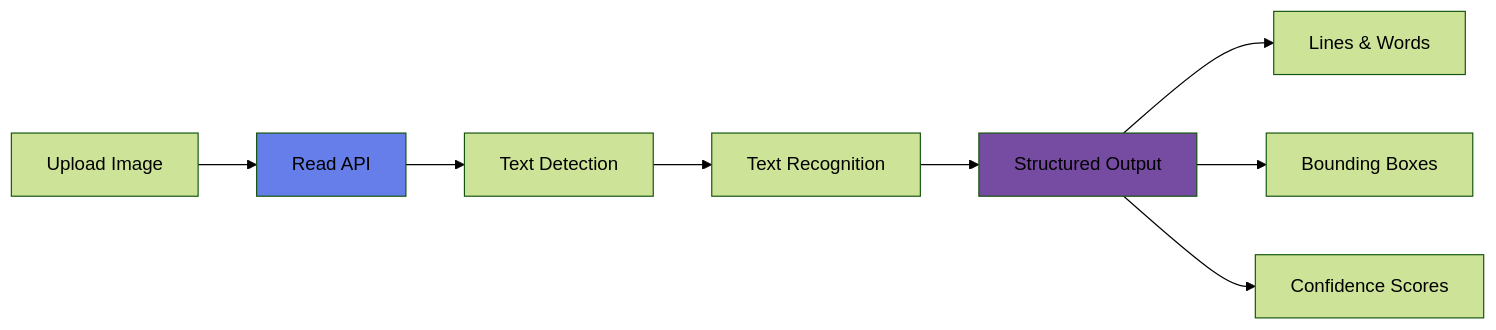
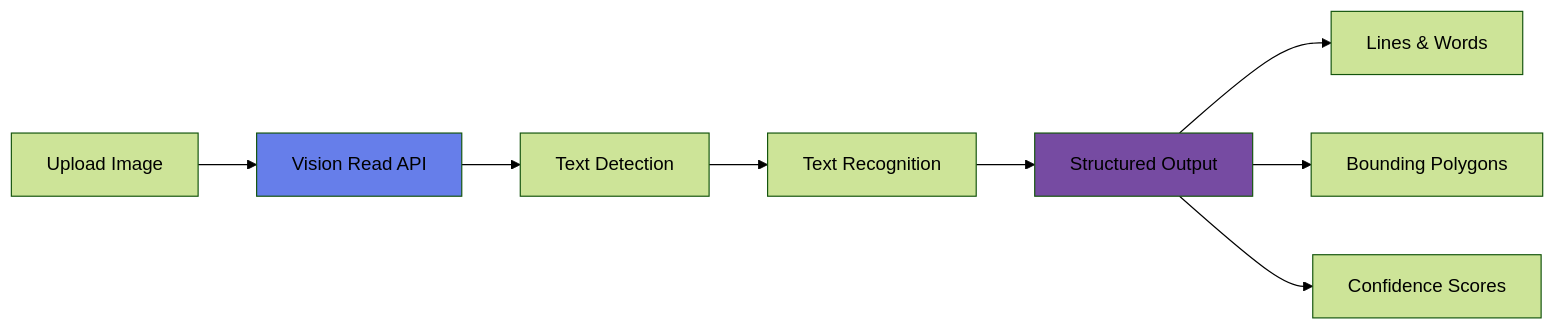
The diagram in docs/chapters/read-text-in-images.md (codess-aus/Applied-Skills-Computer-Vision), drawn with Mermaid (forest theme) before and after one commit. The commit also changed other lines of this file, not shown here.

Commit message:
Update OCR references to Azure AI Vision Read for clarity and consistency

````diff
--- a/docs/chapters/read-text-in-images.md
+++ b/docs/chapters/read-text-in-images.md
@@ -109,13 +106,13 @@
 ```mermaid
 graph LR
-    A[Upload Image] --> B[Read API]
+    A[Upload Image] --> B[Vision Read API]
     B --> C[Text Detection]
     C --> D[Text Recognition]
     D --> E[Structured Output]
     E --> F[Lines & Words]
-    E --> G[Bounding Boxes]
+    E --> G[Bounding Polygons]
     E --> H[Confidence Scores]
-    
+
     style B fill:#667eea
     style E fill:#764ba2
 ```
````
